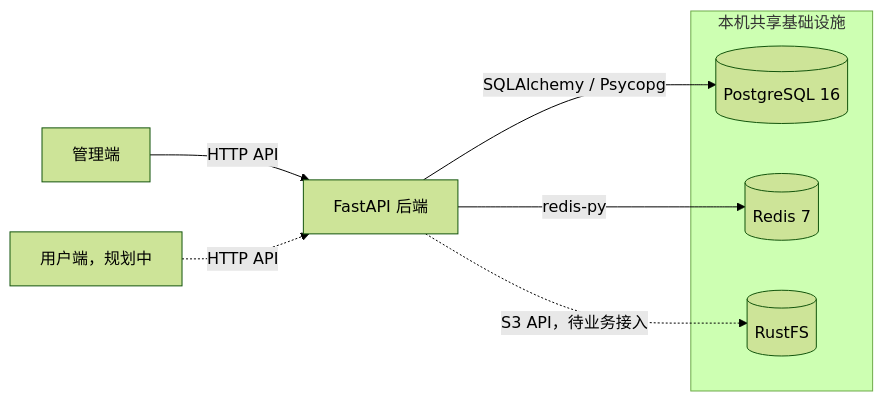
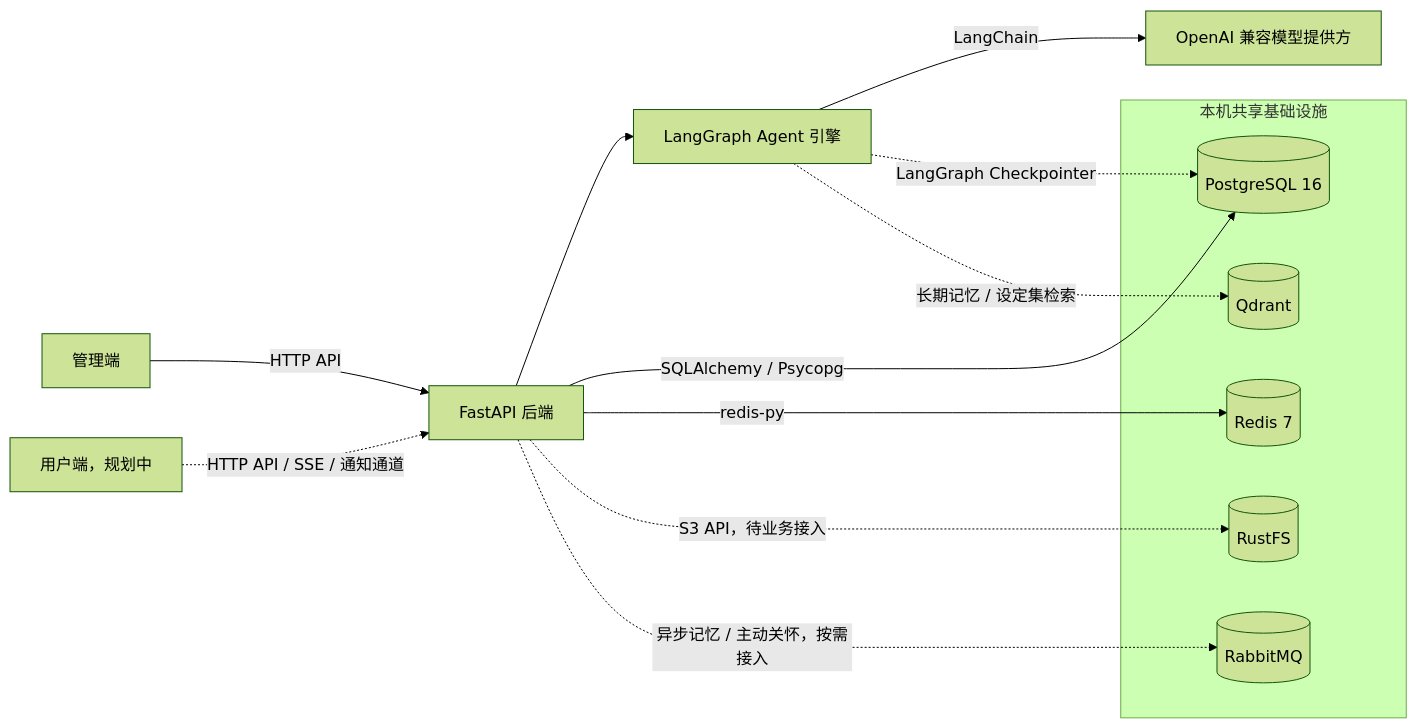
Before and after one commit to 0Elaina/hoshi: the diagram in docs/01-project-overview.md, drawn with Mermaid (forest theme). The commit also changed other lines of this file and 3 other files, not shown here.

````diff
--- a/docs/01-project-overview.md
+++ b/docs/01-project-overview.md
@@ -25,15 +33,23 @@
 ```mermaid
 flowchart LR
     Admin[管理端] -->|HTTP API| Backend[FastAPI 后端]
-    Web[用户端，规划中] -. HTTP API .-> Backend
+    Web[用户端，规划中] -. HTTP API / SSE / 通知通道 .-> Backend
+
+    Backend --> Agent[LangGraph Agent 引擎]
+    Agent -->|LangChain| LLM[OpenAI 兼容模型提供方]
 
     subgraph Infra[本机共享基础设施]
         Postgres[(PostgreSQL 16)]
+        Qdrant[(Qdrant)]
         Redis[(Redis 7)]
         RustFS[(RustFS)]
+        RabbitMQ[(RabbitMQ)]
     end
 
     Backend -->|SQLAlchemy / Psycopg| Postgres
+    Agent -. LangGraph Checkpointer .-> Postgres
+    Agent -. 长期记忆 / 设定集检索 .-> Qdrant
     Backend -->|redis-py| Redis
     Backend -. S3 API，待业务接入 .-> RustFS
+    Backend -. 异步记忆 / 主动关怀，按需接入 .-> RabbitMQ
 ```
````
